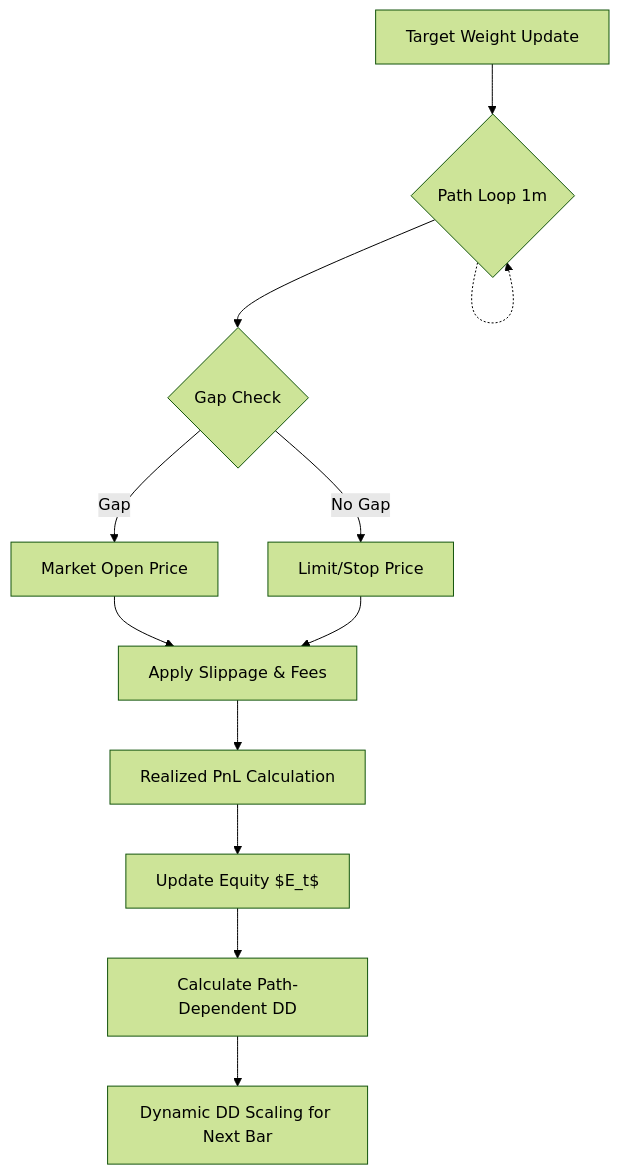
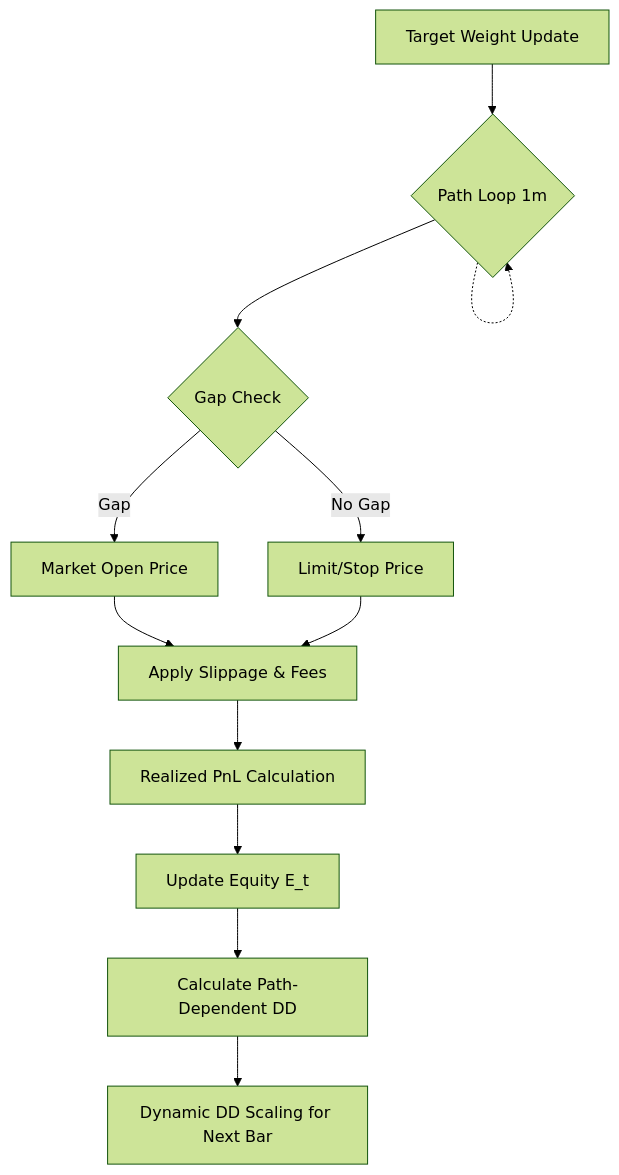
One commit to KTHYEONG/crypto-pilot changed the diagram in docs/architecture/backtest-logic.md. Above: the diagram before and after it, drawn with Mermaid (forest theme). The commit also changed other lines of this file and 6 other files, not shown here.

````diff
--- a/docs/architecture/backtest-logic.md
+++ b/docs/architecture/backtest-logic.md
@@ -41,14 +46,14 @@
 ```mermaid
 graph TD
     A[Target Weight Update] --> B{Path Loop 1m}
     B --> C{Gap Check}
     C -->|Gap| D[Market Open Price]
     C -->|No Gap| E[Limit/Stop Price]
     D --> F[Apply Slippage & Fees]
     E --> F
     F --> G[Realized PnL Calculation]
-    G --> H[Update Equity $E_t$]
+    G --> H[Update Equity E_t]
     H --> I[Calculate Path-Dependent DD]
     I --> J[Dynamic DD Scaling for Next Bar]
     B -.-> B
 ```
````
